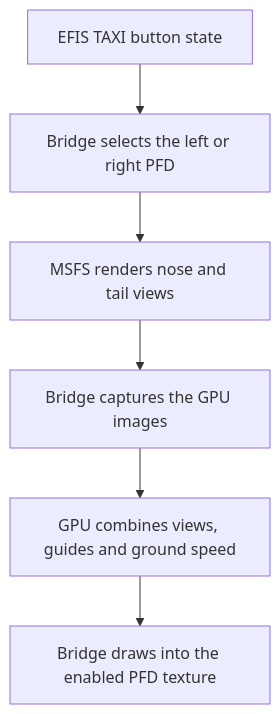
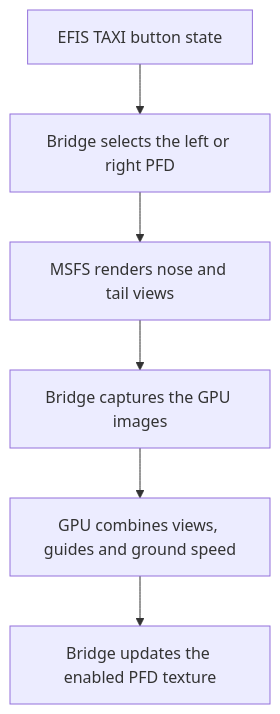
One commit to bigmoussi/taxi-cam changed the diagram in docs/architecture.md. Above: the diagram before and after it, drawn with Mermaid. The commit also changed other lines of this file and 104 other files, not shown here.

```diff
--- a/docs/architecture.md
+++ b/docs/architecture.md
@@ -11,8 +11,8 @@
 ~~~mermaid
 flowchart TD
     Button["EFIS TAXI button state"] --> Control["Bridge selects the left or right PFD"]
     Control --> Cameras["MSFS renders nose and tail views"]
     Cameras --> Capture["Bridge captures the GPU images"]
     Capture --> Combine["GPU combines views, guides and ground speed"]
-    Combine --> Display["Bridge draws into the enabled PFD texture"]
+    Combine --> Display["Bridge updates the enabled PFD texture"]
 ~~~
```
